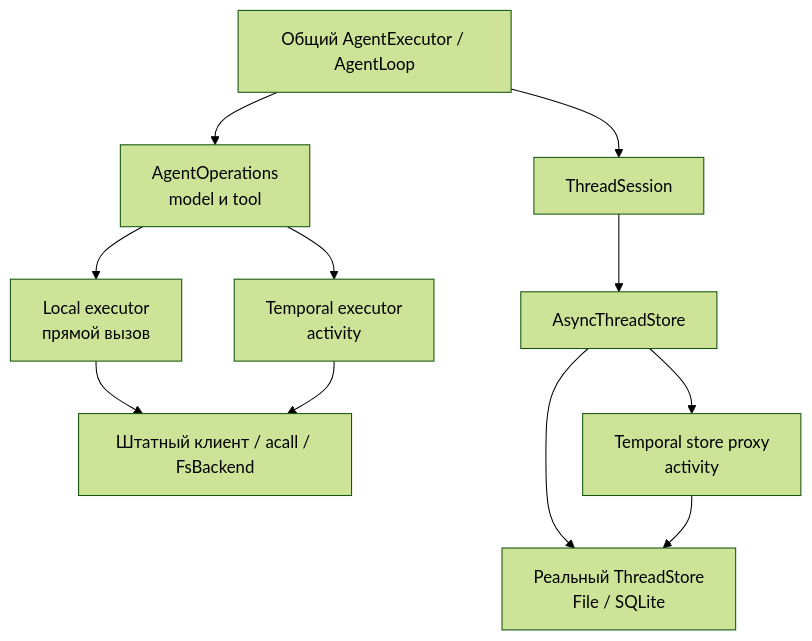
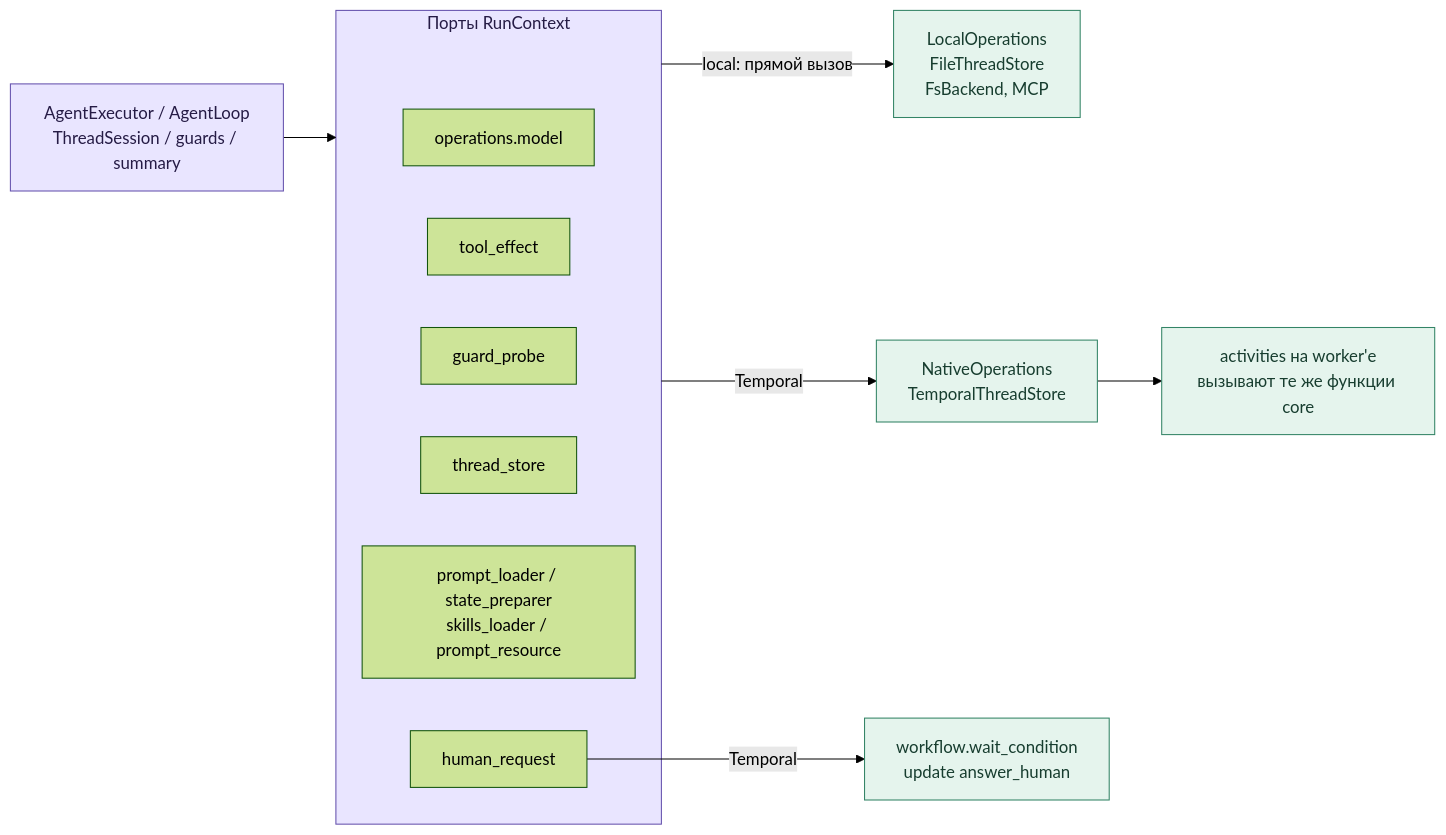
Before and after one commit to agens-universale/universal-agent: the fourth of 9 diagrams in docs/temporal-architecture.md, drawn with Mermaid (forest theme). The commit also changed other lines of this file and 196 other files, not shown here.

````diff
--- a/docs/temporal-architecture.md
+++ b/docs/temporal-architecture.md
@@ -195,13 +189,21 @@
 ```mermaid
-flowchart TB
-    C["Общий AgentExecutor / AgentLoop"] --> O["AgentOperations<br/>model и tool"]
-    C --> T["ThreadSession"]
-    T --> P["AsyncThreadStore"]
-    O --> L["Local executor<br/>прямой вызов"]
-    O --> A["Temporal executor<br/>activity"]
-    P --> D["Реальный ThreadStore<br/>File / SQLite"]
-    P --> Q["Temporal store proxy<br/>activity"]
-    A --> I["Штатный клиент / acall / FsBackend"]
-    L --> I
-    Q --> D
+flowchart LR
+    Core["AgentExecutor / AgentLoop<br/>ThreadSession / guards / summary"]
+    subgraph Ports["Порты RunContext"]
+        P1["operations.model"]
+        P2["tool_effect"]
+        P3["guard_probe"]
+        P4["thread_store"]
+        P5["prompt_loader / state_preparer<br/>skills_loader / prompt_resource"]
+        P6["human_request"]
+    end
+    Core --> Ports
+    Ports -->|"local: прямой вызов"| L["LocalOperations<br/>FileThreadStore<br/>FsBackend, MCP"]
+    Ports -->|"Temporal"| N["NativeOperations<br/>TemporalThreadStore"]
+    N --> A["activities на worker'е<br/>вызывают те же функции core"]
+    P6 -->|"Temporal"| H["workflow.wait_condition<br/>update answer_human"]
+    classDef control fill:#e9e5ff,stroke:#6552ad,color:#251b45;
+    classDef io fill:#e5f4ed,stroke:#338466,color:#173d2f;
+    class Core,Ports control;
+    class L,N,A,H io;
 ```
````
